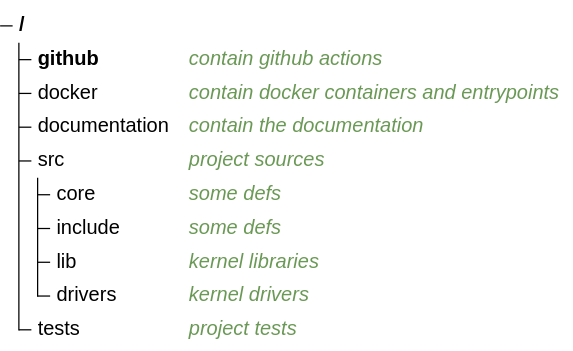
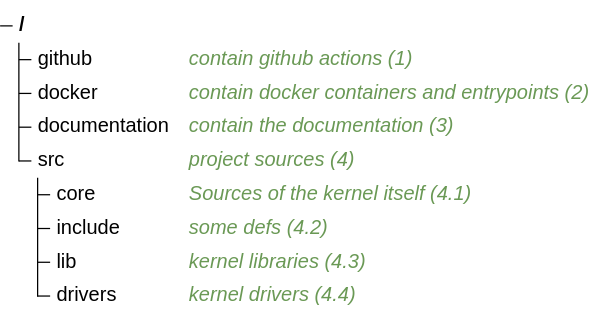
The diagram in documentation/mermaid/getting_started/project_structure.mmd (Arklog/kfs-1), drawn with Mermaid before and after one commit. The commit also changed 3 other files, not shown here.

```diff
--- a/documentation/mermaid/getting_started/project_structure.mmd
+++ b/documentation/mermaid/getting_started/project_structure.mmd
@@ -1,17 +1,16 @@
 ---
 config:
     themeVariables:
         treeView:
             labelColor: 'black'
             lineColor: 'black'
 ---
 treeView-beta
-    "github/"       ## contain github actions
-    "docker"        ## contain docker containers and entrypoints
-    "documentation" ## contain the documentation
-    "src"           ## project sources
-        "core"      ## some defs
-        "include"   ## some defs
-        "lib"       ## kernel libraries
-        "drivers"   ## kernel drivers
-    "tests"         ## project tests
+    "github"       ## contain github actions (1)
+    "docker"        ## contain docker containers and entrypoints (2)
+    "documentation" ## contain the documentation (3)
+    "src"           ## project sources (4)
+        "core"      ## Sources of the kernel itself (4.1)
+        "include"   ## some defs (4.2)
+        "lib"       ## kernel libraries (4.3)
+        "drivers"   ## kernel drivers (4.4)
```
